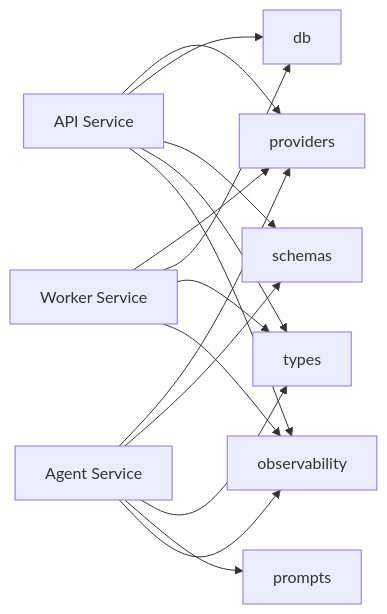
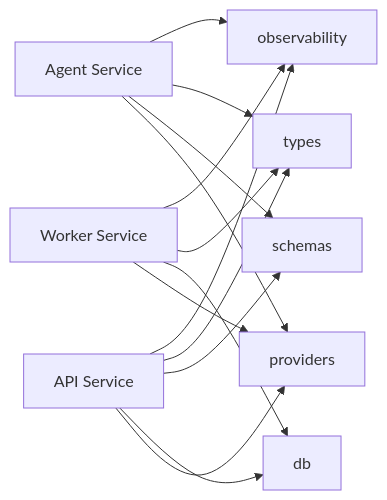
One commit to DavidRoyBlue/Autodidact changed the fourth of 4 diagrams in docs/architecture/c4/c4-components.md. Above: the diagram before and after it, drawn with Mermaid. The commit also changed other lines of this file and 85 other files, not shown here.

````diff
--- a/docs/architecture/c4/c4-components.md
+++ b/docs/architecture/c4/c4-components.md
@@ -106,17 +103,16 @@
 ```mermaid
 graph LR
     API[API Service] --> PROV[providers]
     AGENT[Agent Service] --> PROV
     WORKER[Worker Service] --> PROV
     API --> DB[db]
     WORKER --> DB
     API --> SCHEMAS[schemas]
     AGENT --> SCHEMAS
     API --> TYPES[types]
     AGENT --> TYPES
     WORKER --> TYPES
-    AGENT --> PROMPTS[prompts]
     API --> OBS[observability]
     AGENT --> OBS
     WORKER --> OBS
 ```
````
